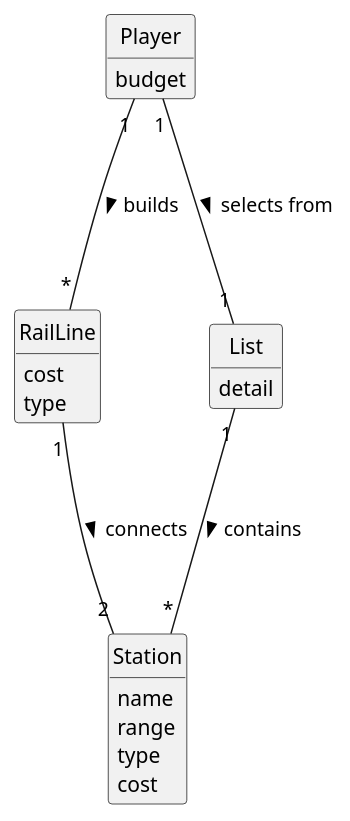
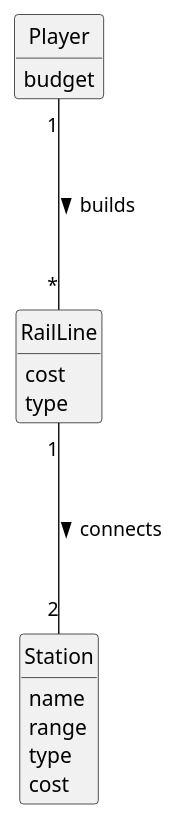
One commit to 1240826/empire-on-tracks changed the diagram in docs/system-documentation/US008/02.analysis/puml/US008-DM.puml. Above: the diagram before and after it, drawn with PlantUML. The commit also changed 5 other files, not shown here.

```diff
--- a/docs/system-documentation/US008/02.analysis/puml/US008-DM.puml
+++ b/docs/system-documentation/US008/02.analysis/puml/US008-DM.puml
@@ -1,36 +1,34 @@
 @startuml
 skinparam monochrome true
 skinparam packageStyle rectangle
 skinparam shadowing false
 
 'left to right direction
 
 skinparam classAttributeIconSize 0
 
 hide circle
 hide methods
 
 'title Domain Model
 
 class Player {
 budget
 }
 class Station {
     name
     range
     type
     cost
 }
 class RailLine {
     cost
     type
 }
-class List {
-    detail
-}
+
 
 Player "1" --- "*" RailLine : builds >
 RailLine "1" --- "2" Station : connects >
-Player "1" --- "1" List : selects from >
-List "1" --- "*" Station : contains >
+
+
 @enduml
```
